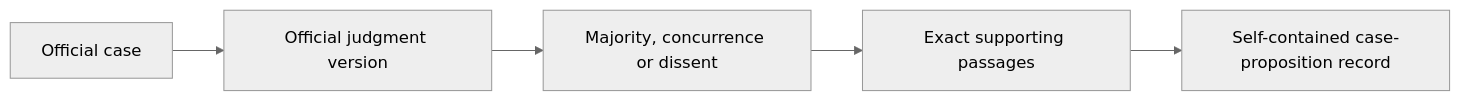
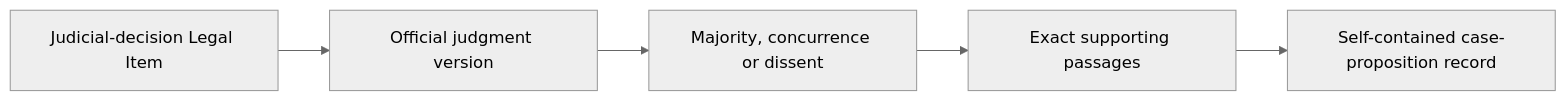
Before and after one commit to stevw-repo/AutonomousLCP: diagram 18 of 23 in docs/design/INITIAL_OVERALL_PIPELINE_DESIGN.md, drawn with Mermaid (neutral theme). The commit also changed other lines of this file and 96 other files, not shown here.

````diff
--- a/docs/design/INITIAL_OVERALL_PIPELINE_DESIGN.md
+++ b/docs/design/INITIAL_OVERALL_PIPELINE_DESIGN.md
@@ -797,10 +2918,10 @@
 ```mermaid
 flowchart LR
-    C["Official case"]
+    C["Judicial-decision Legal Item"]
     V["Official judgment version"]
     O["Majority, concurrence or dissent"]
     P["Exact supporting passages"]
     R["Self-contained case-proposition record"]
 
     C --> V --> O --> P --> R
 ```
````
